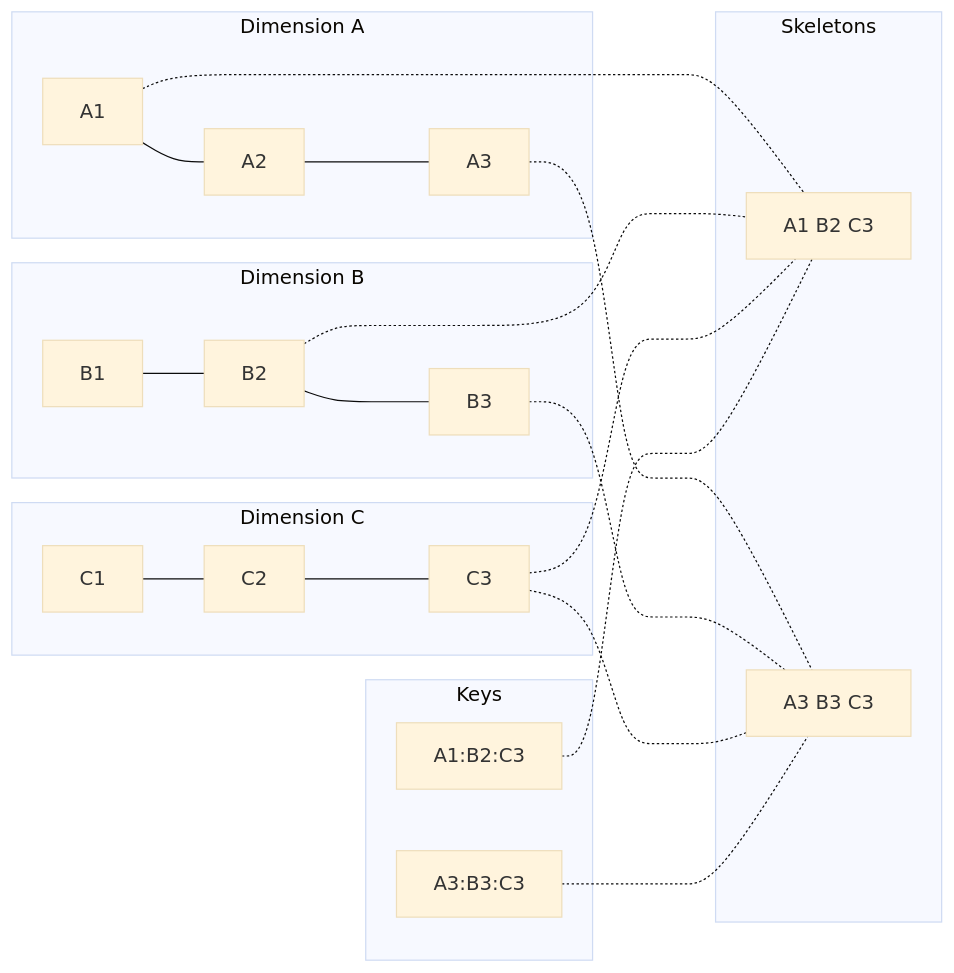
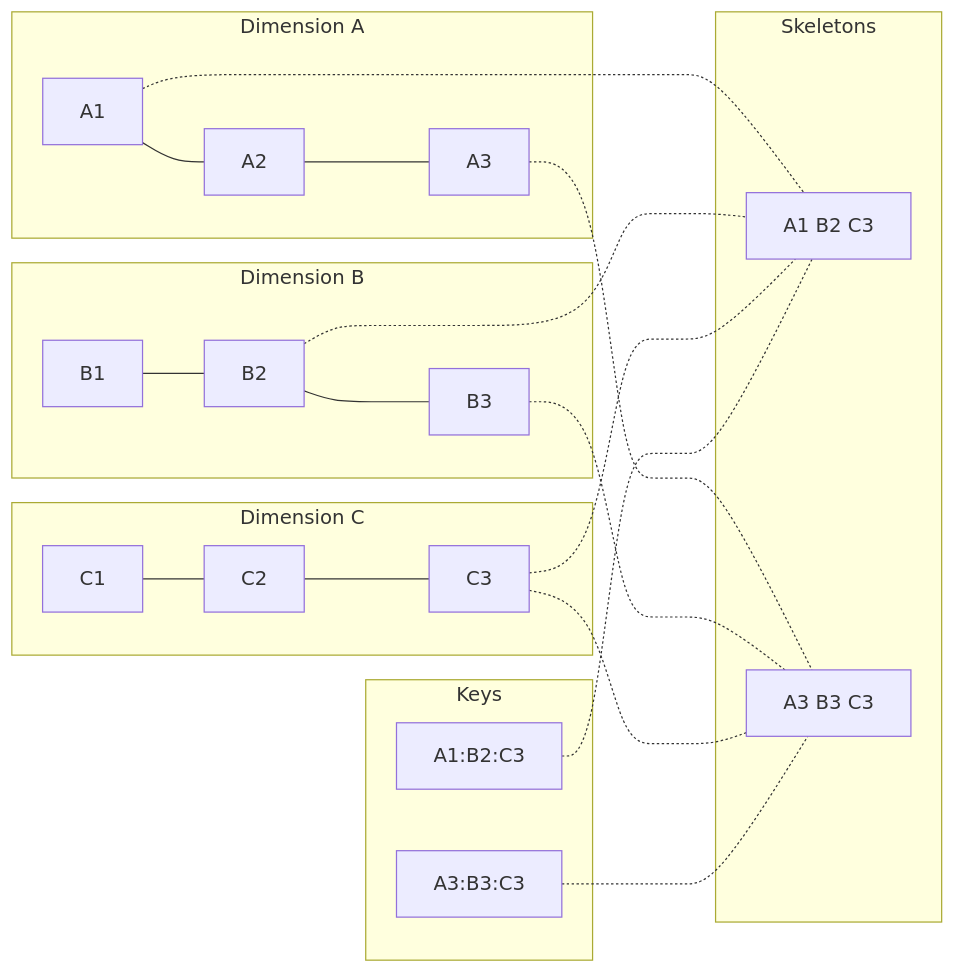
One commit to CyLuGh/MultiDimensionsHierarchies changed the third of 4 diagrams in README.md. Above: the diagram before and after it, drawn with Mermaid. The commit also changed other lines of this file, not shown here.

````diff
--- a/README.md
+++ b/README.md
@@ -113,38 +111,36 @@
 ```mermaid
-%%{init: {'theme':'base'}}%%
-
 flowchart LR
 
 subgraph Dimension C
 	C1 --- C2 --- C3
 end
 
 subgraph Dimension B
 	B1 --- B2 --- B3
 end
 
 subgraph Dimension A
 	A1 --- A2 --- A3
 end
 
 subgraph Keys
 A1:B2:C3
 A3:B3:C3
 end
 
 subgraph Skeletons
 A1B2C3[A1 B2 C3]
 A3B3C3[A3 B3 C3]
 end
 
 A1 -..- A1B2C3
 B2 -..- A1B2C3
 C3 -..- A1B2C3
 A1:B2:C3 -..- A1B2C3
 
 A3 -..- A3B3C3
 B3 -..- A3B3C3
 C3 -..- A3B3C3
 A3:B3:C3 -..- A3B3C3
 
 ```
````
